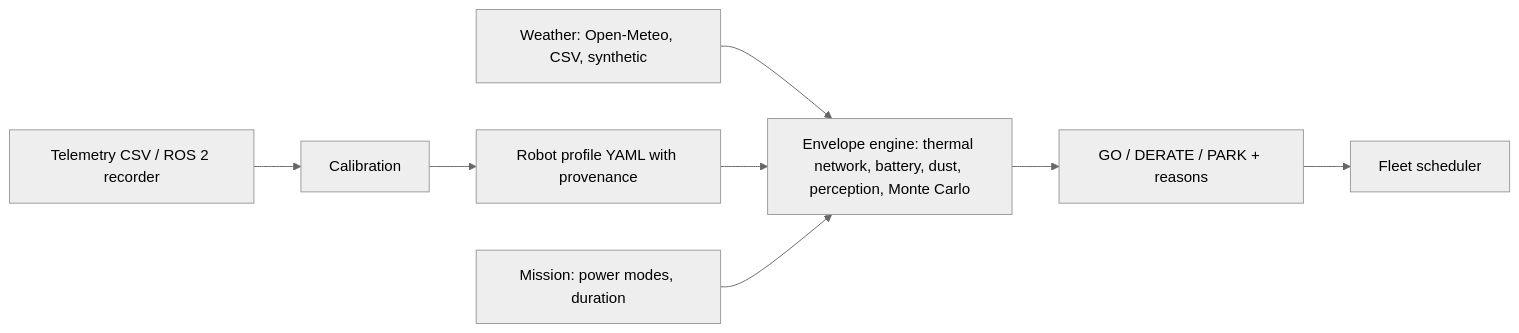
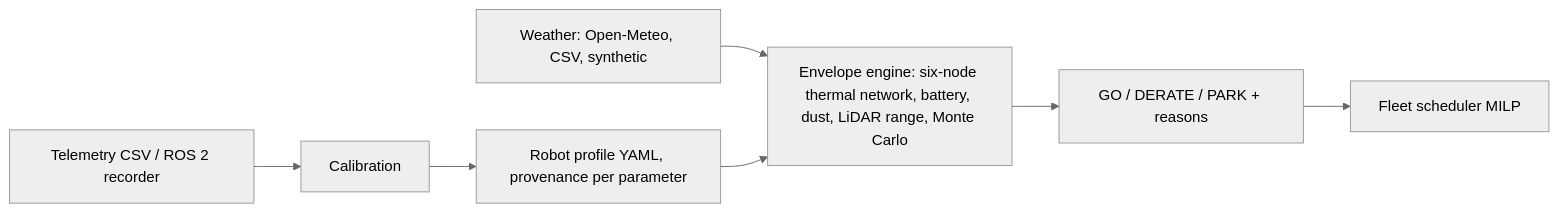
The diagram in README.md (hudasol/dhill), drawn with Mermaid (neutral theme) before and after one commit. The commit also changed other lines of this file and 24 other files, not shown here.

````diff
--- a/README.md
+++ b/README.md
@@ -44,10 +61,8 @@
 ```mermaid
 flowchart LR
     W[Weather: Open-Meteo, CSV, synthetic] --> E
-    P[Robot profile YAML with provenance] --> E
-    M[Mission: power modes, duration] --> E
-    E[Envelope engine: thermal network, battery, dust, perception, Monte Carlo] --> D[GO / DERATE / PARK + reasons]
-    D --> S[Fleet scheduler]
-    T[Telemetry CSV / ROS 2 recorder] --> C[Calibration]
-    C --> P
+    P[Robot profile YAML, provenance per parameter] --> E
+    E[Envelope engine: six-node thermal network, battery, dust, LiDAR range, Monte Carlo] --> D[GO / DERATE / PARK + reasons]
+    D --> S[Fleet scheduler MILP]
+    T[Telemetry CSV / ROS 2 recorder] --> C[Calibration] --> P
 ```
````
